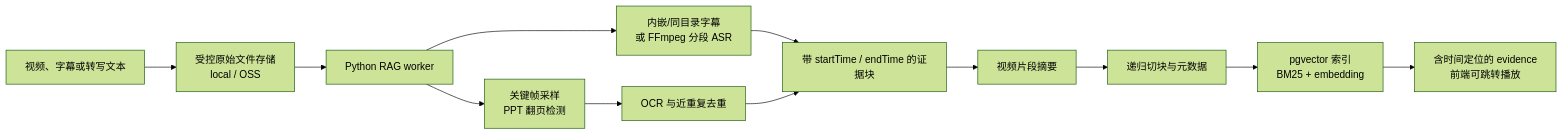
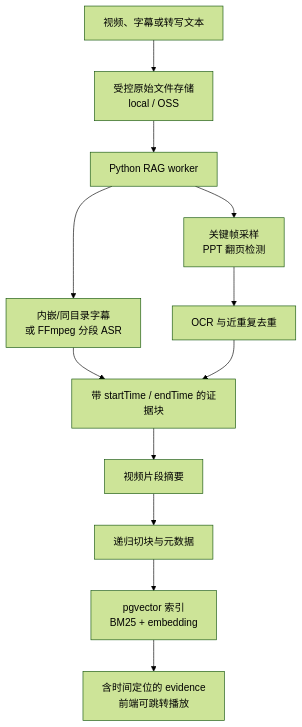
Before and after one commit to HeWhenJay/Multimodal-RAG-Agent-Learning-Evidence-Platform: the third of 6 diagrams in README.md, drawn with Mermaid (forest theme). The commit also changed other lines of this file and 2 other files, not shown here.

````diff
--- a/README.md
+++ b/README.md
@@ -119,14 +119,14 @@
 ```mermaid
-flowchart LR
+flowchart TB
     V["视频、字幕或转写文本"] --> STORE["受控原始文件存储\nlocal / OSS"]
     STORE --> WORKER["Python RAG worker"]
     WORKER --> SUB["内嵌/同目录字幕\n或 FFmpeg 分段 ASR"]
     WORKER --> FRAME["关键帧采样\nPPT 翻页检测"]
     FRAME --> OCR["OCR 与近重复去重"]
     SUB --> BLOCK["带 startTime / endTime 的证据块"]
     OCR --> BLOCK
     BLOCK --> SUMMARY["视频片段摘要"]
     SUMMARY --> CHUNK["递归切块与元数据"]
     CHUNK --> INDEX["pgvector 索引\nBM25 + embedding"]
     INDEX --> EVIDENCE["含时间定位的 evidence\n前端可跳转播放"]
 ```
````
